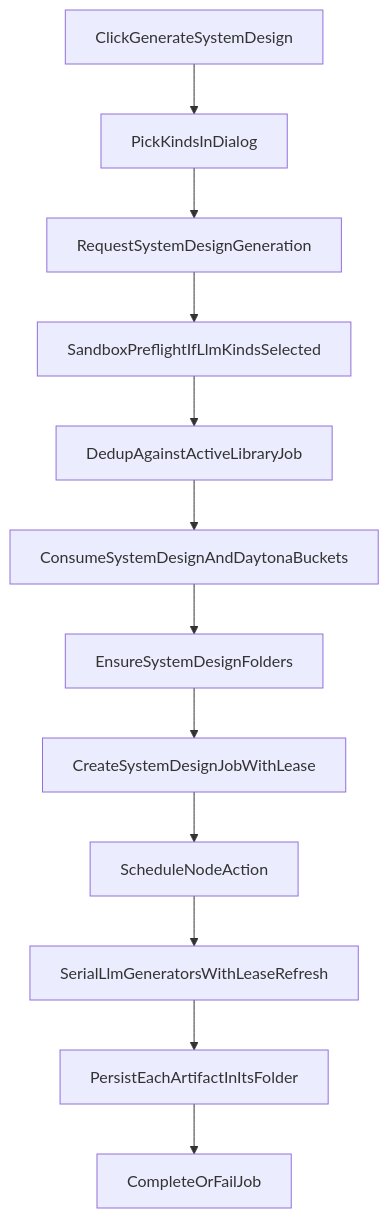
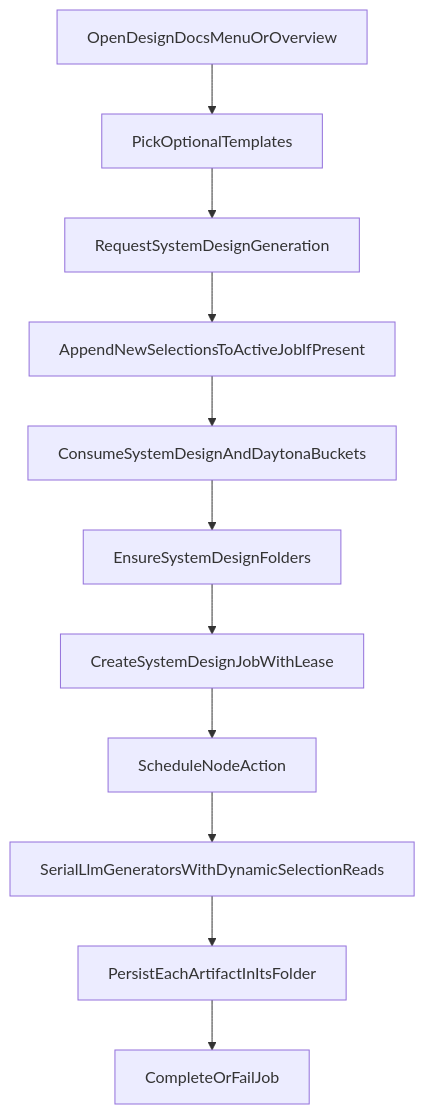
One commit to EricTsai83/systify changed the third of 3 diagrams in docs/chat/chat-and-analysis-pipeline.md. Above: the diagram before and after it, drawn with Mermaid. The commit also changed other lines of this file and 39 other files, not shown here.

First line of the commit message:
Rename System Design workflow to Design Docs and clarify job append beha

````diff
--- a/docs/chat/chat-and-analysis-pipeline.md
+++ b/docs/chat/chat-and-analysis-pipeline.md
@@ -213,27 +213,25 @@
 ```mermaid
 flowchart TD
-  Click[ClickGenerateSystemDesign]
-  Dialog[PickKindsInDialog]
+  Click[OpenDesignDocsMenuOrOverview]
+  Dialog[PickOptionalTemplates]
   Request[RequestSystemDesignGeneration]
-  Preflight[SandboxPreflightIfLlmKindsSelected]
-  Dedup[DedupAgainstActiveLibraryJob]
+  Append[AppendNewSelectionsToActiveJobIfPresent]
   RateLimit[ConsumeSystemDesignAndDaytonaBuckets]
   SeedFolders[EnsureSystemDesignFolders]
   CreateJob[CreateSystemDesignJobWithLease]
   Schedule[ScheduleNodeAction]
-  Generate[SerialLlmGeneratorsWithLeaseRefresh]
+  Generate[SerialLlmGeneratorsWithDynamicSelectionReads]
   Persist[PersistEachArtifactInItsFolder]
   Finish[CompleteOrFailJob]
 
   Click --> Dialog
   Dialog --> Request
-  Request --> Preflight
-  Preflight --> Dedup
-  Dedup --> RateLimit
+  Request --> Append
+  Append --> RateLimit
   RateLimit --> SeedFolders
   SeedFolders --> CreateJob
   CreateJob --> Schedule
   Schedule --> Generate
   Generate --> Persist
   Persist --> Finish
 ```
````
